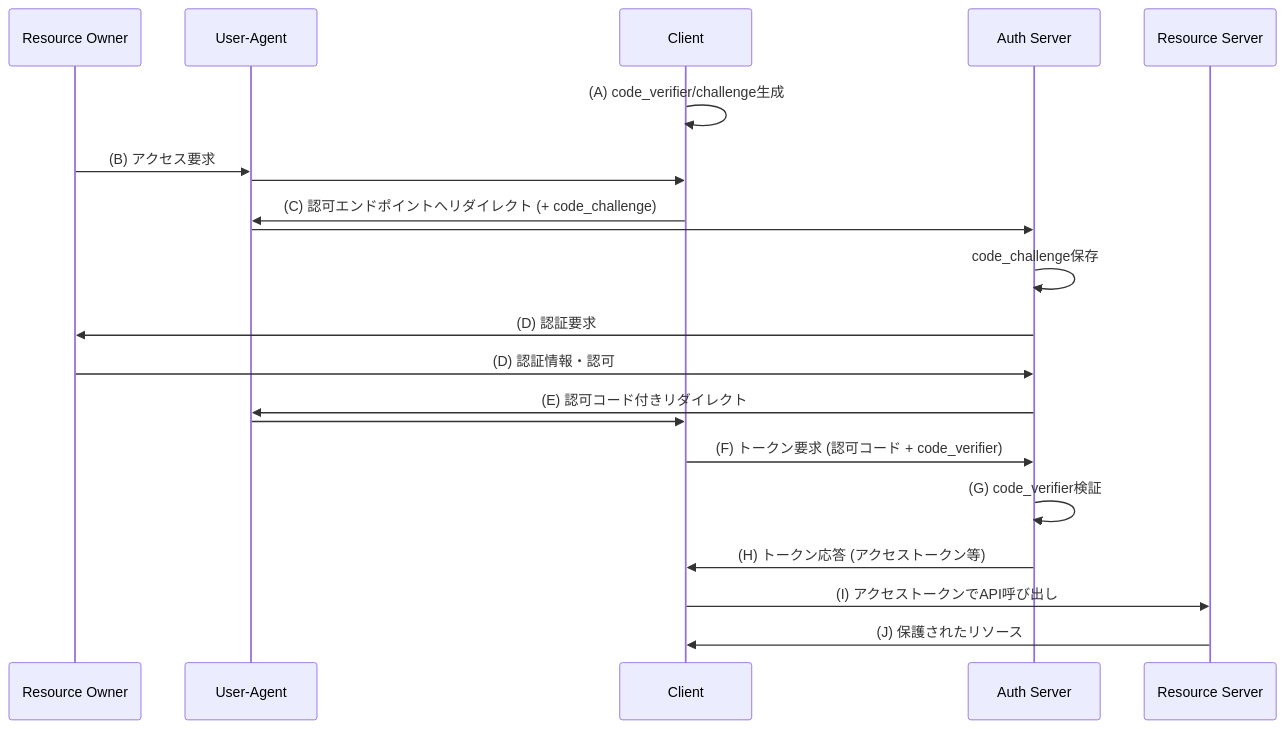
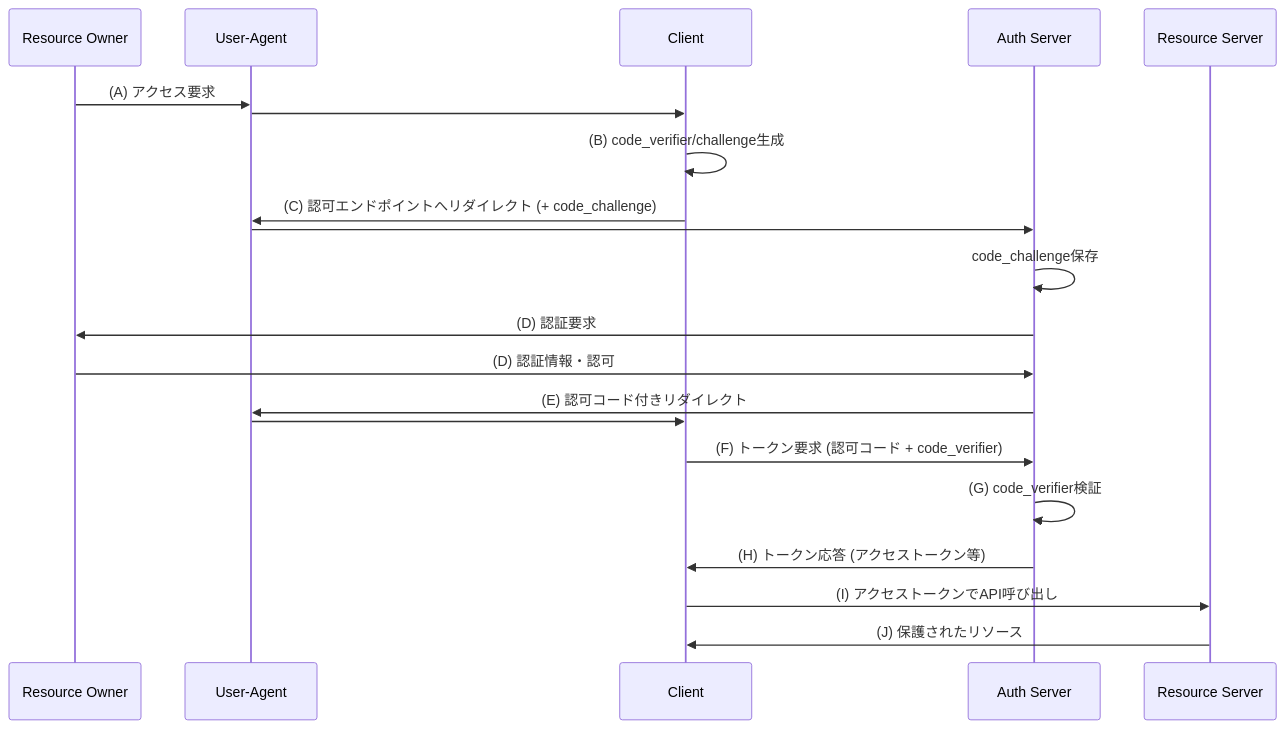
Before and after one commit to Ossamoon/ssr-oauth-pkce-flow: the second of 2 diagrams in slides/slides.md, drawn with Mermaid. The commit also changed other lines of this file, not shown here.

````diff
--- a/slides/slides.md
+++ b/slides/slides.md
@@ -64,24 +62,24 @@
 ```mermaid {scale: 0.46}
 sequenceDiagram
     participant RO as Resource Owner
     participant UA as User-Agent
     participant C as Client
     participant AS as Auth Server
     participant RS as Resource Server
 
-    C->>C: (A) code_verifier/challenge生成
-    RO->>UA: (B) アクセス要求
+    RO->>UA: (A) アクセス要求
     UA->>C:
+    C->>C: (B) code_verifier/challenge生成
     C->>UA: (C) 認可エンドポイントへリダイレクト (+ code_challenge)
     UA->>AS:
     AS->>AS: code_challenge保存
     AS->>RO: (D) 認証要求
     RO->>AS: (D) 認証情報・認可
     AS->>UA: (E) 認可コード付きリダイレクト
     UA->>C:
     C->>AS: (F) トークン要求 (認可コード + code_verifier)
     AS->>AS: (G) code_verifier検証
     AS->>C: (H) トークン応答 (アクセストークン等)
     C->>RS: (I) アクセストークンでAPI呼び出し
     RS->>C: (J) 保護されたリソース
 ```
````
